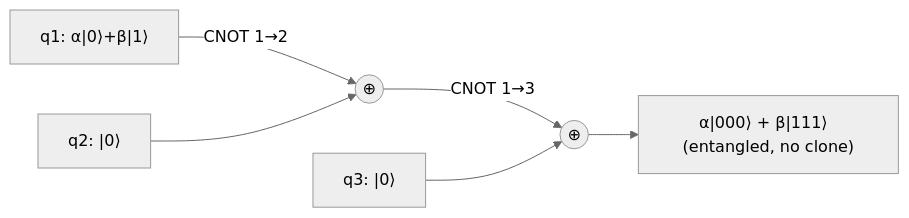
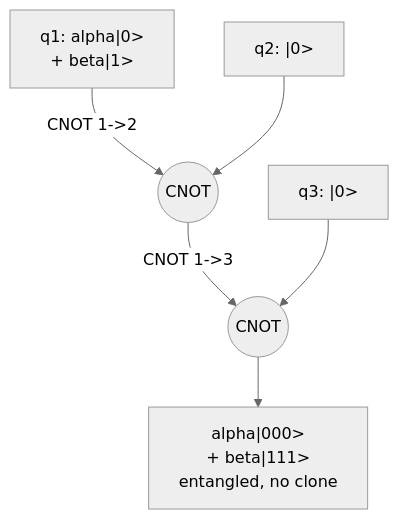
Before and after one commit to Iamsohungrynow/superconducting-qubits-journey: the first of 2 diagrams in tutorial/12-error-correction.md, drawn with Mermaid (neutral theme). The commit also changed other lines of this file and 11 other files, not shown here.

Commit message:
Rewrite Mermaid diagrams for clear GitHub rendering (TD layout, short labels)

````diff
--- a/tutorial/12-error-correction.md
+++ b/tutorial/12-error-correction.md
@@ -28,8 +28,8 @@
 ```mermaid
-flowchart LR
-    A["q1: α|0⟩+β|1⟩"] -->|CNOT 1→2| B(("⊕"))
-    Z2["q2: |0⟩"] --> B
-    B -->|CNOT 1→3| C(("⊕"))
-    Z3["q3: |0⟩"] --> C
-    C --> OUT["α|000⟩ + β|111⟩  (entangled, no clone)"]
+flowchart TD
+    A["q1: alpha|0><br/>+ beta|1>"] -->|"CNOT 1->2"| B(("CNOT"))
+    Z2["q2: |0>"] --> B
+    B -->|"CNOT 1->3"| C(("CNOT"))
+    Z3["q3: |0>"] --> C
+    C --> OUT["alpha|000><br/>+ beta|111><br/>entangled, no clone"]
 ```
````
